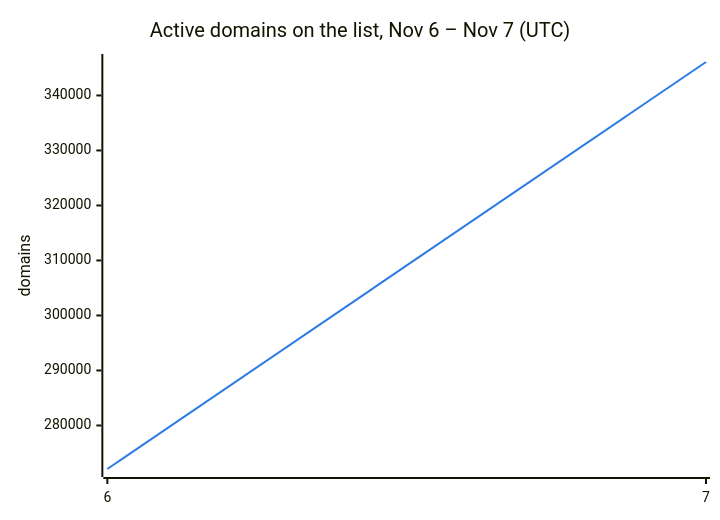
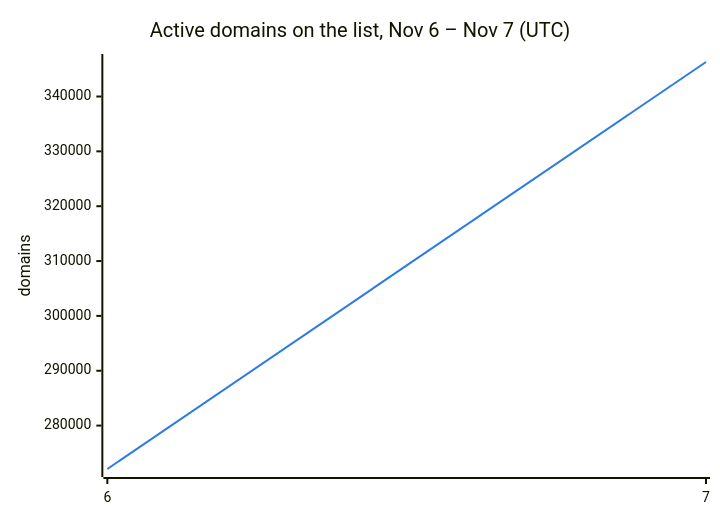
The second of 3 diagrams in README.md (DNSBunker/CTI), drawn with Mermaid before and after one commit. The commit also changed other lines of this file and 3 other files, not shown here.

````diff
--- a/README.md
+++ b/README.md
@@ -38,8 +38,8 @@
 ```mermaid
 %%{init: {"themeVariables": {"xyChart": {"plotColorPalette": "#2c7be5"}}}}%%
 xychart-beta
     title "Active domains on the list, Nov 6 – Nov 7 (UTC)"
     x-axis ["6", "7"]
     y-axis "domains"
-    line [272088, 346086]
+    line [272088, 346292]
 ```
````
